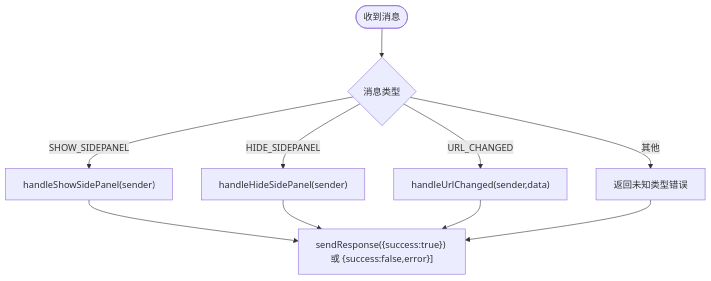
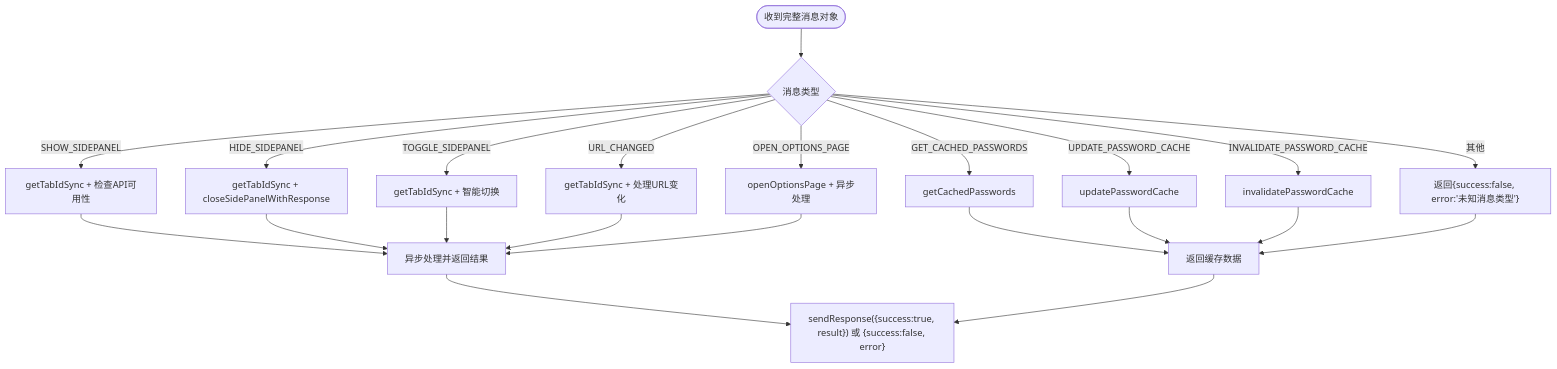
Before and after one commit to liaolongdong/account-password-helper: the fifth of 12 diagrams in .qoder/repowiki/zh/content/扩展入口点/Background Script.md, drawn with Mermaid. The commit also changed other lines of this file and 23 other files, not shown here.

````diff
--- a/.qoder/repowiki/zh/content/扩展入口点/Background Script.md
+++ b/.qoder/repowiki/zh/content/扩展入口点/Background Script.md
@@ -124,12 +244,24 @@
 ```mermaid
 flowchart TD
-Start(["收到消息"]) --> Type{"消息类型"}
-Type --> |SHOW_SIDEPANEL| Show["handleShowSidePanel(sender)"]
-Type --> |HIDE_SIDEPANEL| Hide["handleHideSidePanel(sender)"]
-Type --> |URL_CHANGED| Url["handleUrlChanged(sender,data)"]
-Type --> |其他| Unknown["返回未知类型错误"]
-Show --> Resp["sendResponse({success:true}) 或 {success:false,error}]"]
-Hide --> Resp
-Url --> Resp
-Unknown --> Resp
+Start(["收到完整消息对象"]) --> Type{"消息类型"}
+Type --> |SHOW_SIDEPANEL| Show["getTabIdSync + 检查API可用性"]
+Type --> |HIDE_SIDEPANEL| Hide["getTabIdSync + closeSidePanelWithResponse"]
+Type --> |TOGGLE_SIDEPANEL| Toggle["getTabIdSync + 智能切换"]
+Type --> |URL_CHANGED| Url["getTabIdSync + 处理URL变化"]
+Type --> |OPEN_OPTIONS_PAGE| Options["openOptionsPage + 异步处理"]
+Type --> |GET_CACHED_PASSWORDS| CacheGet["getCachedPasswords"]
+Type --> |UPDATE_PASSWORD_CACHE| CacheUpdate["updatePasswordCache"]
+Type --> |INVALIDATE_PASSWORD_CACHE| CacheInvalidate["invalidatePasswordCache"]
+Type --> |其他| Unknown["返回{success:false, error:'未知消息类型'}"]
+Show --> Async["异步处理并返回结果"]
+Hide --> Async
+Toggle --> Async
+Url --> Async
+Options --> Async
+CacheGet --> Response["返回缓存数据"]
+CacheUpdate --> Response
+CacheInvalidate --> Response
+Unknown --> Response
+Async --> Resp["sendResponse({success:true, result}) 或 {success:false, error}"]
+Response --> Resp
 ```
````
